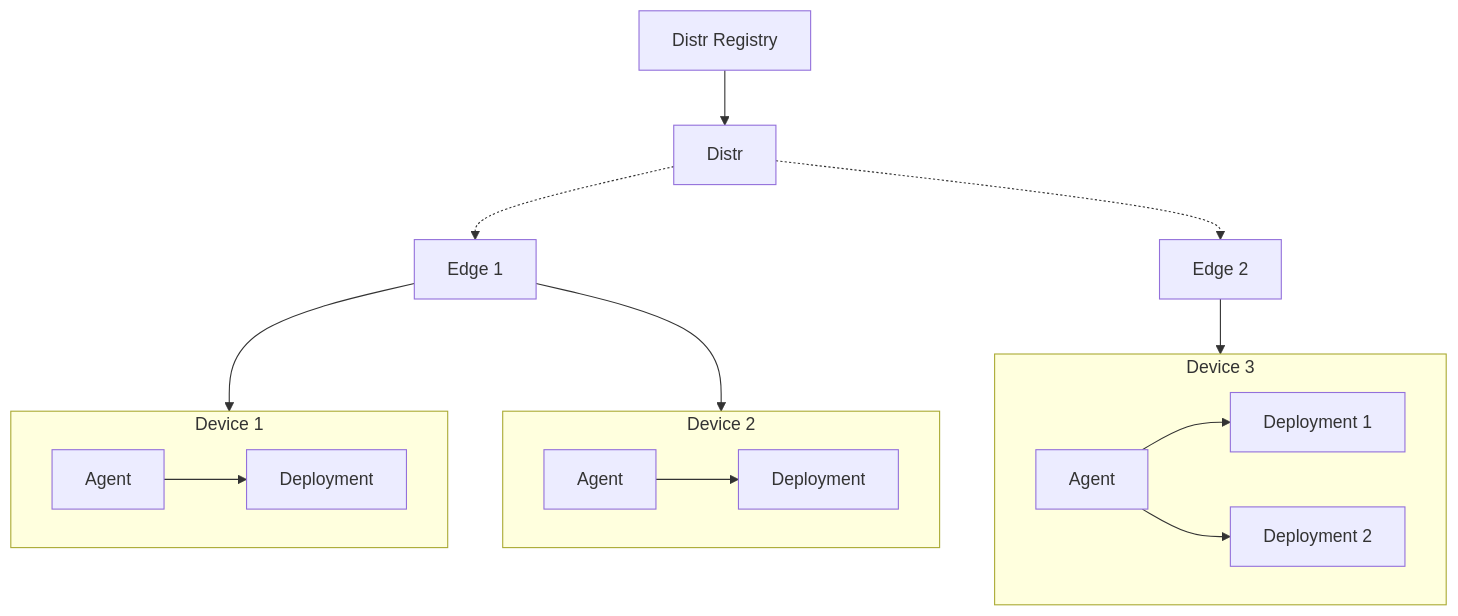
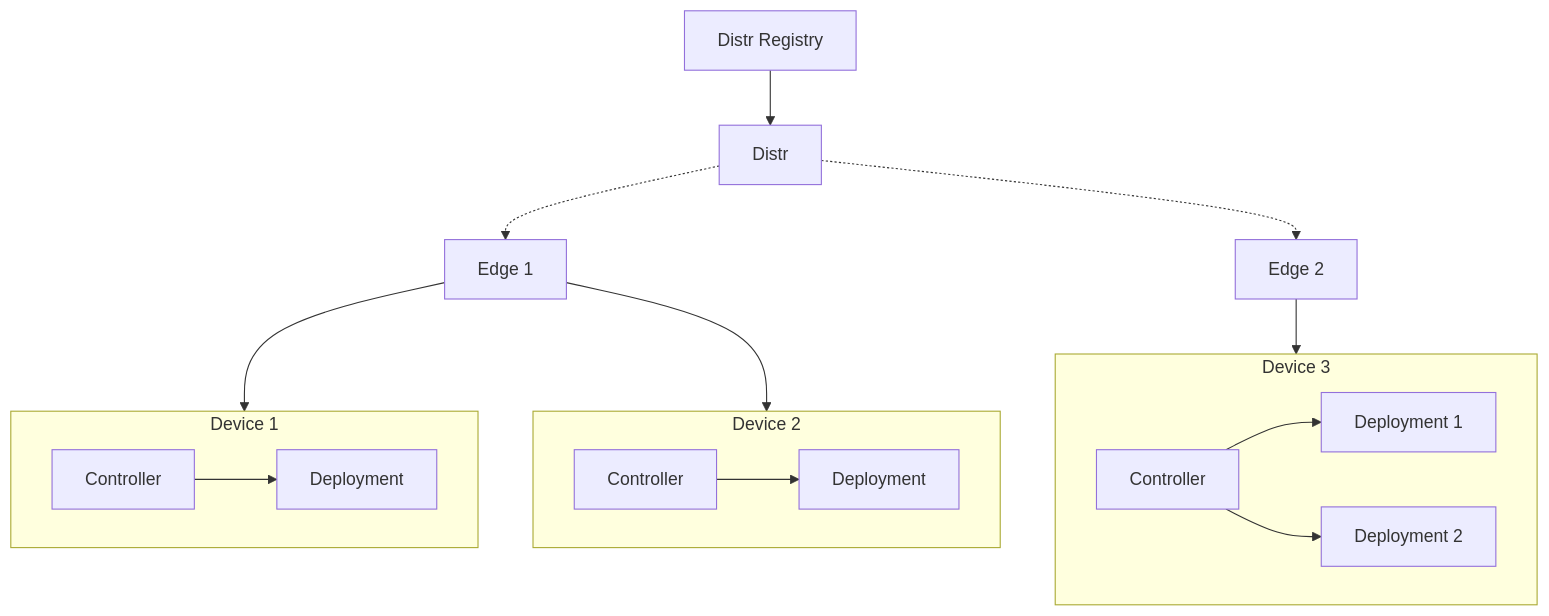
The diagram in website/src/content/docs/docs/getting-started/distribution-scenarios/edge-deployments.mdx (distr-sh/distr), drawn with Mermaid before and after one commit. The commit also changed other lines of this file and 325 other files, not shown here.

Commit message:
refactor: rename distr agent to distr controller (#3400)

````diff
--- a/website/src/content/docs/docs/getting-started/distribution-scenarios/edge-deployments.mdx
+++ b/website/src/content/docs/docs/getting-started/distribution-scenarios/edge-deployments.mdx
@@ -14,23 +14,23 @@
 ```mermaid
 graph TD
     DR[Distr Registry] --> DH[Distr]
     DH -.-> E1[Edge 1]
     DH -.-> E2[Edge 2]
 
     subgraph D1[Device 1]
-        DA1[Agent] --> DP1[Deployment]
+        DA1[Controller] --> DP1[Deployment]
     end
 
     subgraph D2[Device 2]
-        DA2[Agent] --> DP2[Deployment]
+        DA2[Controller] --> DP2[Deployment]
     end
 
     subgraph D3[Device 3]
-        DA3[Agent] --> DP3[Deployment 1]
+        DA3[Controller] --> DP3[Deployment 1]
         DA3 --> DP4[Deployment 2]
     end
 
     E1 --> D1
     E1 --> D2
     E2 --> D3
 ```
````
